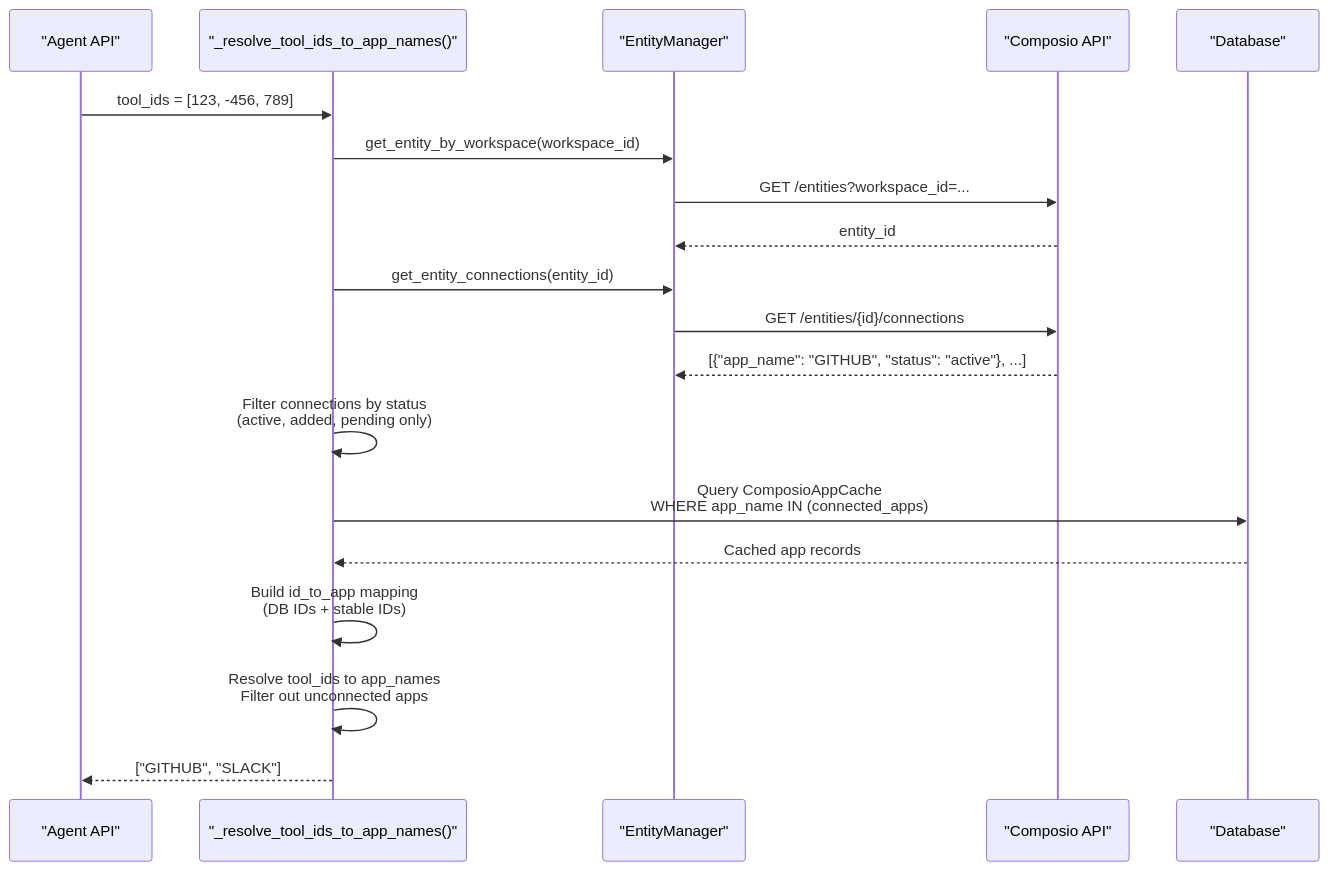
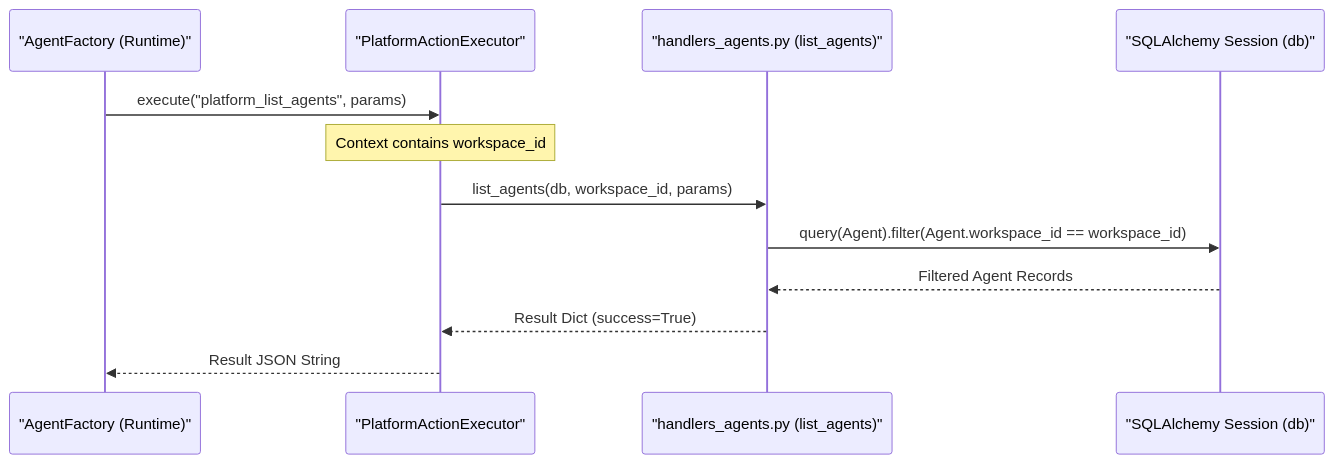
One commit to AutomatosAI/automatos-ai changed the second of 2 diagrams in docs/tools-integrations/permission-validation-system.md. Above: the diagram before and after it, drawn with Mermaid. The commit also changed other lines of this file and 149 other files, not shown here.

Commit message:
docs: refresh documentation with graphify semantic scan

````diff
--- a/docs/tools-integrations/permission-validation-system.md
+++ b/docs/tools-integrations/permission-validation-system.md
@@ -206,28 +133,15 @@
 ```mermaid
 sequenceDiagram
-    participant API as "Agent API"
-    participant Resolver as "_resolve_tool_ids_to_app_names()"
-    participant EM as "EntityManager"
-    participant Composio as "Composio API"
-    participant DB as "Database"
-    
-    API->>Resolver: tool_ids = [123, -456, 789]
-    Resolver->>EM: get_entity_by_workspace(workspace_id)
-    EM->>Composio: GET /entities?workspace_id=...
-    Composio-->>EM: entity_id
-    
-    Resolver->>EM: get_entity_connections(entity_id)
-    EM->>Composio: GET /entities/{id}/connections
-    Composio-->>EM: [{"app_name": "GITHUB", "status": "active"}, ...]
-    
-    Resolver->>Resolver: Filter connections by status<br/>(active, added, pending only)
-    
-    Resolver->>DB: Query ComposioAppCache<br/>WHERE app_name IN (connected_apps)
-    DB-->>Resolver: Cached app records
-    
-    Resolver->>Resolver: Build id_to_app mapping<br/>(DB IDs + stable IDs)
-    
-    Resolver->>Resolver: Resolve tool_ids to app_names<br/>Filter out unconnected apps
-    
-    Resolver-->>API: ["GITHUB", "SLACK"]
+    participant Agent as "AgentFactory (Runtime)"
+    participant Exec as "PlatformActionExecutor"
+    participant Handler as "handlers_agents.py (list_agents)"
+    participant DB as "SQLAlchemy Session (db)"
+
+    Agent->>Exec: execute("platform_list_agents", params)
+    Note over Exec: Context contains workspace_id
+    Exec->>Handler: list_agents(db, workspace_id, params)
+    Handler->>DB: query(Agent).filter(Agent.workspace_id == workspace_id)
+    DB-->>Handler: Filtered Agent Records
+    Handler-->>Exec: Result Dict (success=True)
+    Exec-->>Agent: Result JSON String
 ```
````
